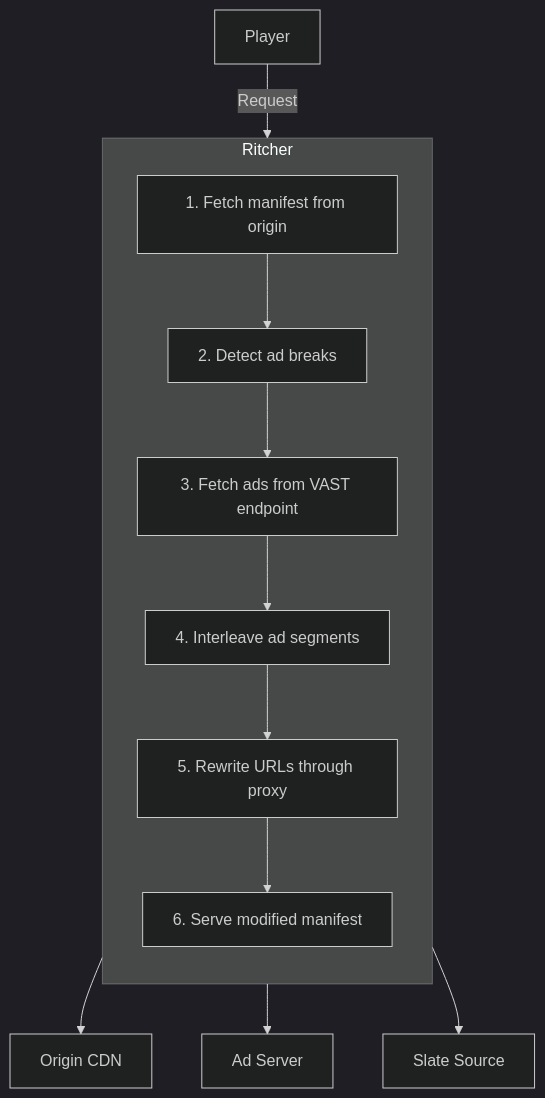
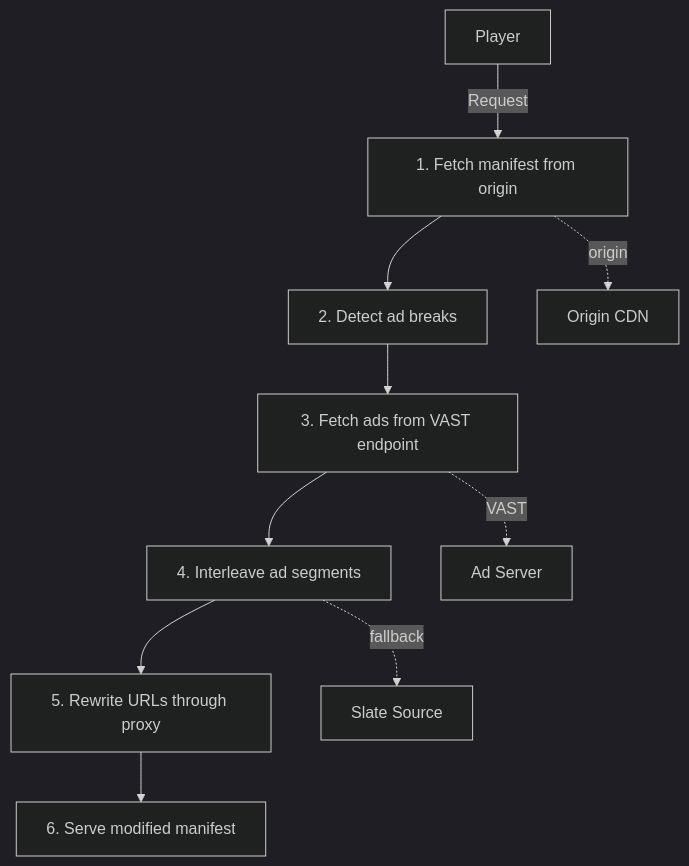
Before and after one commit to JoeldelPilar/ritcher: the diagram in README.md, drawn with Mermaid (dark theme).

Commit message:
fix: use flat Mermaid flowchart without subgraph
GitHub Mermaid does not reliably render external nodes connected to
subgraphs. Switched to a flat flowchart with dotted lines to downstream
services.

````diff
--- a/README.md
+++ b/README.md
@@ -51,19 +51,14 @@
 ```mermaid
 flowchart TD
-    P[Player] -->|Request| R
+    Player -- Request --> S1
 
-    subgraph R[Ritcher]
-        direction TB
-        S1[1. Fetch manifest from origin]
-        S2[2. Detect ad breaks]
-        S3[3. Fetch ads from VAST endpoint]
-        S4[4. Interleave ad segments]
-        S5[5. Rewrite URLs through proxy]
-        S6[6. Serve modified manifest]
-        S1 --> S2 --> S3 --> S4 --> S5 --> S6
-    end
+    S1[1. Fetch manifest from origin] --> S2[2. Detect ad breaks]
+    S2 --> S3[3. Fetch ads from VAST endpoint]
+    S3 --> S4[4. Interleave ad segments]
+    S4 --> S5[5. Rewrite URLs through proxy]
+    S5 --> S6[6. Serve modified manifest]
 
-    R --> O[Origin CDN]
-    R --> A[Ad Server]
-    R --> SL[Slate Source]
+    S1 -. origin .-> CDN[Origin CDN]
+    S3 -. VAST .-> ADS[Ad Server]
+    S4 -. fallback .-> SLATE[Slate Source]
 ```
````
